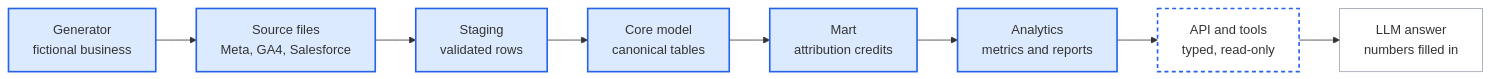
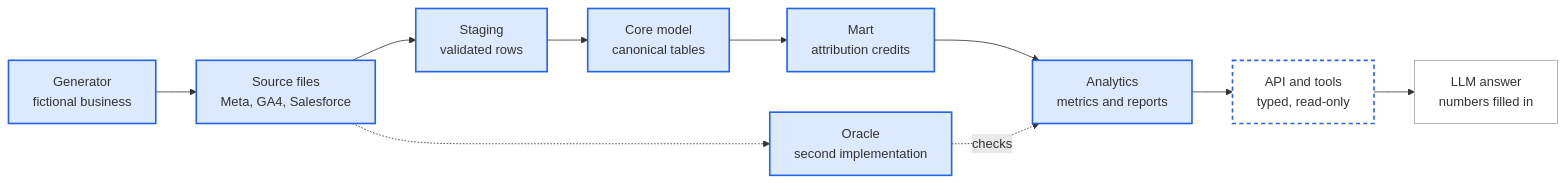
Before and after one commit to Dp-6640/MarketingIQ: the diagram in docs/build-journal.md, drawn with Mermaid. The commit also changed other lines of this file, not shown here.

Commit message:
Journal: step 10, the oracle

````diff
--- a/docs/build-journal.md
+++ b/docs/build-journal.md
@@ -30,13 +30,15 @@
 ```mermaid
 flowchart LR
     gen["Generator<br/>fictional business"]:::built --> files["Source files<br/>Meta, GA4, Salesforce"]:::built
     files --> staging["Staging<br/>validated rows"]:::built
     staging --> core["Core model<br/>canonical tables"]:::built
     core --> mart["Mart<br/>attribution credits"]:::built
     mart --> analytics["Analytics<br/>metrics and reports"]:::built
     analytics --> api["API and tools<br/>typed, read-only"]:::next
+    oracle["Oracle<br/>second implementation"]:::built -.->|checks| analytics
+    files -.-> oracle
     api --> llm["LLM answer<br/>numbers filled in"]:::planned
     classDef built fill:#dbeafe,stroke:#2563eb,stroke-width:2px
     classDef next fill:#fff,stroke:#2563eb,stroke-width:2px,stroke-dasharray:5 4
     classDef planned fill:#fff,stroke:#9ca3af
 ```
````
